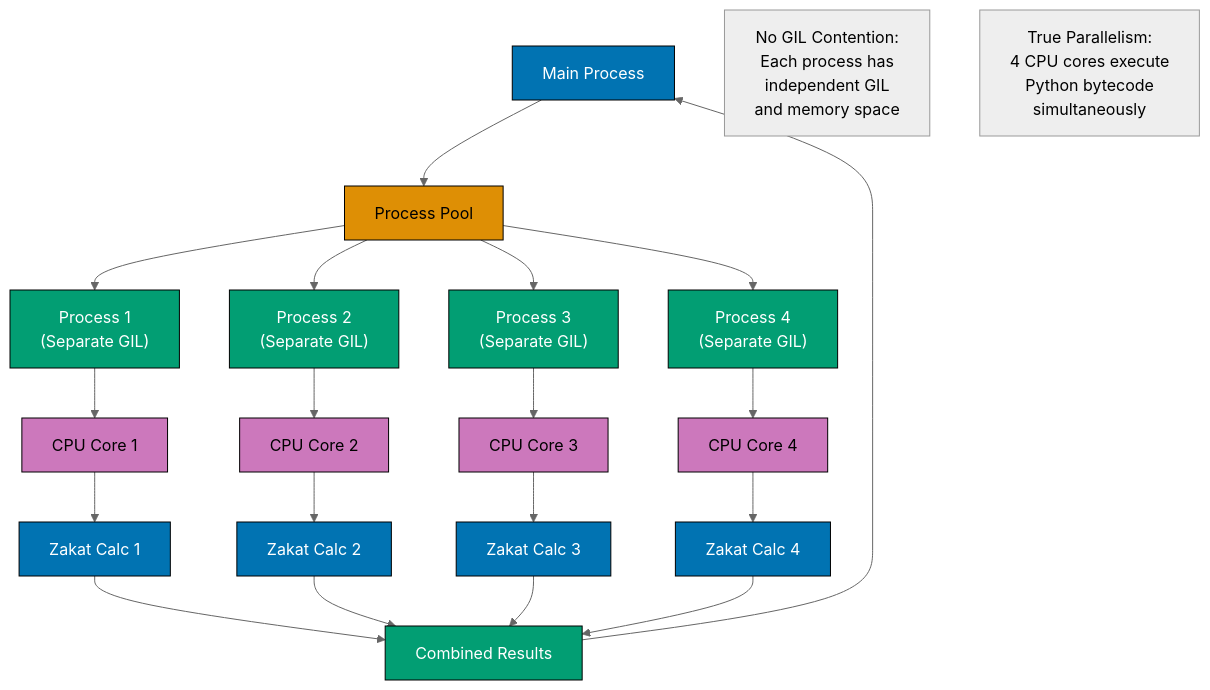
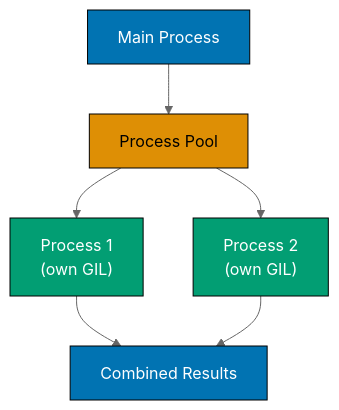
The fourth of 8 diagrams in docs/explanation/software-engineering/programming-languages/python/concurrency-and-parallelism.md (wahidyankf/ose-primer), drawn with Mermaid (neutral theme) before and after one commit. The commit also changed other lines of this file and 12 other files, not shown here.

Commit message:
fix(docs): fix mermaid violations in python/ docs (batch 2/10)

````diff
--- a/docs/explanation/software-engineering/programming-languages/python/concurrency-and-parallelism.md
+++ b/docs/explanation/software-engineering/programming-languages/python/concurrency-and-parallelism.md
@@ -312,37 +310,15 @@
 ```mermaid
 %% Color Palette: Blue #0173B2, Orange #DE8F05, Teal #029E73, Purple #CC78BC
 %% All colors are color-blind friendly and meet WCAG AA contrast standards
 
 graph TD
     Main["Main Process"]:::blue --> Pool["Process Pool"]:::orange
-
-    Pool --> P1["Process 1<br/>(Separate GIL)"]:::teal
-    Pool --> P2["Process 2<br/>(Separate GIL)"]:::teal
-    Pool --> P3["Process 3<br/>(Separate GIL)"]:::teal
-    Pool --> P4["Process 4<br/>(Separate GIL)"]:::teal
-
-    P1 --> CPU1["CPU Core 1"]:::purple
-    P2 --> CPU2["CPU Core 2"]:::purple
-    P3 --> CPU3["CPU Core 3"]:::purple
-    P4 --> CPU4["CPU Core 4"]:::purple
-
-    CPU1 --> Calc1["Zakat Calc 1"]:::blue
-    CPU2 --> Calc2["Zakat Calc 2"]:::blue
-    CPU3 --> Calc3["Zakat Calc 3"]:::blue
-    CPU4 --> Calc4["Zakat Calc 4"]:::blue
-
-    Calc1 --> Results["Combined Results"]:::teal
-    Calc2 --> Results
-    Calc3 --> Results
-    Calc4 --> Results
-
-    Results --> Main
-
-    Note1["No GIL Contention:<br/>Each process has<br/>independent GIL<br/>and memory space"]
-    Note2["True Parallelism:<br/>4 CPU cores execute<br/>Python bytecode<br/>simultaneously"]
+    Pool --> P1["Process 1<br/>(own GIL)"]:::teal
+    Pool --> P2["Process 2<br/>(own GIL)"]:::teal
+    P1 --> Results["Combined Results"]:::blue
+    P2 --> Results
 
     classDef blue fill:#0173B2,stroke:#000,color:#fff
     classDef orange fill:#DE8F05,stroke:#000,color:#000
     classDef teal fill:#029E73,stroke:#000,color:#fff
-    classDef purple fill:#CC78BC,stroke:#000,color:#000
 ```
````
